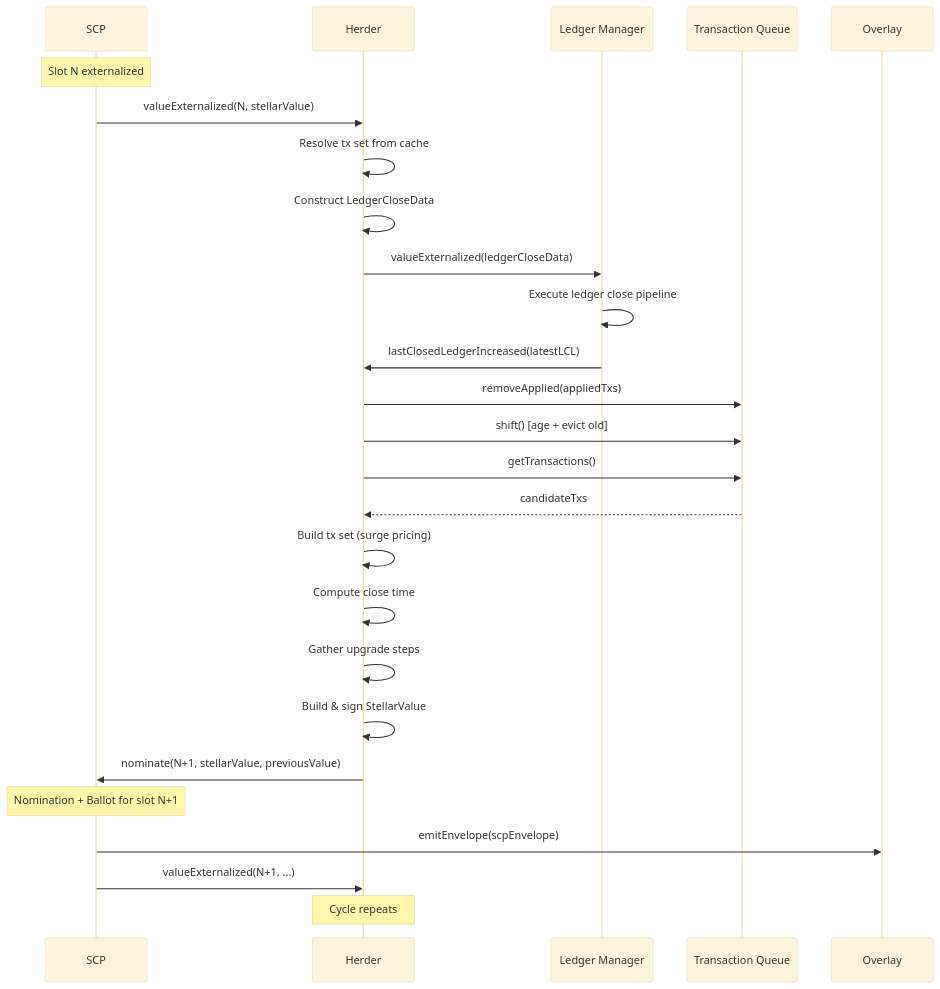
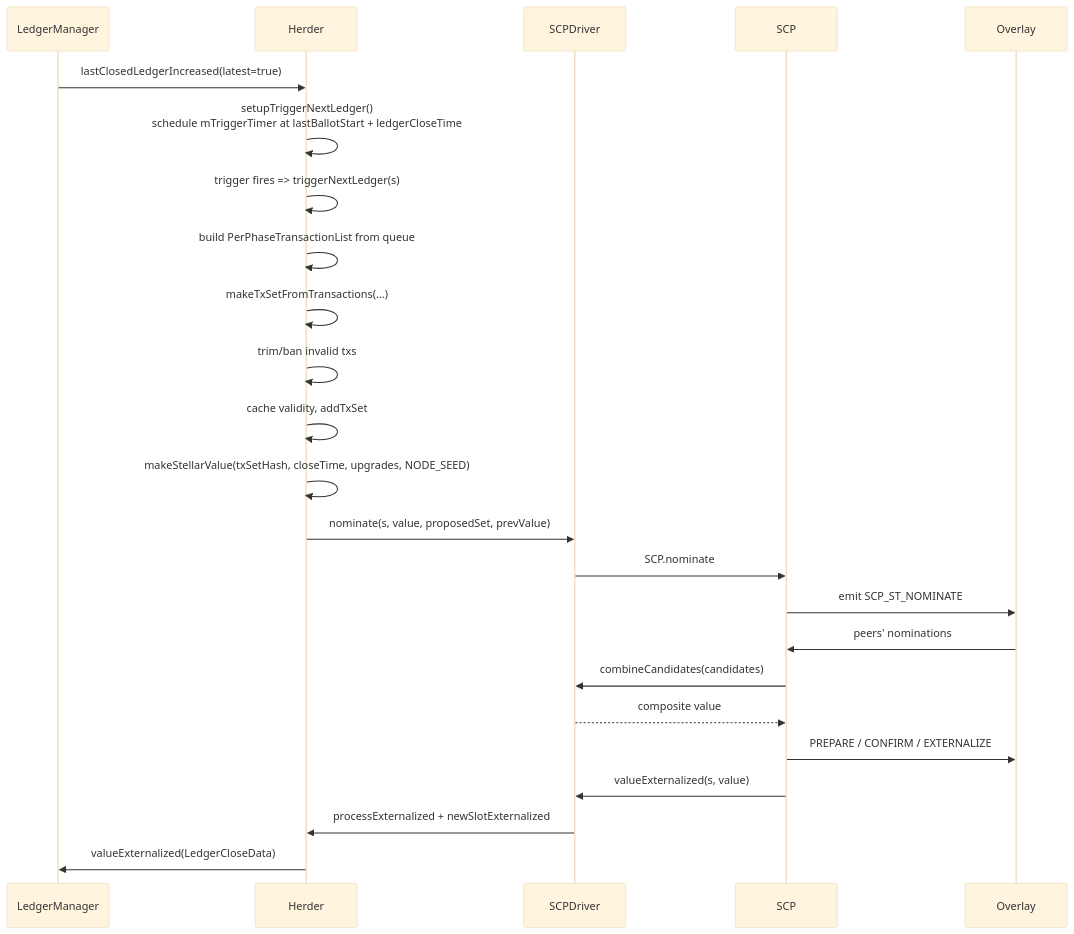
The third of 3 diagrams in HERDER_SPEC.md (stellar-experimental/stellar-spec), drawn with Mermaid (base theme) before and after one commit. The commit also changed other lines of this file and 7 other files, not shown here.

````diff
--- a/HERDER_SPEC.md
+++ b/HERDER_SPEC.md
@@ -2011,32 +258,26 @@
 ```mermaid
 sequenceDiagram
-    participant SCP
-    participant Herder
-    participant LedgerMgr as Ledger Manager
-    participant TxQueue as Transaction Queue
-    participant Overlay
-
-    Note over SCP: Slot N externalized
-    SCP->>Herder: valueExternalized(N, stellarValue)
-    Herder->>Herder: Resolve tx set from cache
-    Herder->>Herder: Construct LedgerCloseData
-    Herder->>LedgerMgr: valueExternalized(ledgerCloseData)
-    LedgerMgr->>LedgerMgr: Execute ledger close pipeline
-    LedgerMgr->>Herder: lastClosedLedgerIncreased(latestLCL)
-
-    Herder->>TxQueue: removeApplied(appliedTxs)
-    Herder->>TxQueue: shift() [age + evict old]
-    Herder->>TxQueue: getTransactions()
-    TxQueue-->>Herder: candidateTxs
-
-    Herder->>Herder: Build tx set (surge pricing)
-    Herder->>Herder: Compute close time
-    Herder->>Herder: Gather upgrade steps
-    Herder->>Herder: Build & sign StellarValue
-
-    Herder->>SCP: nominate(N+1, stellarValue, previousValue)
-    Note over SCP: Nomination + Ballot for slot N+1
-    SCP->>Overlay: emitEnvelope(scpEnvelope)
-    SCP->>Herder: valueExternalized(N+1, ...)
-    Note over Herder: Cycle repeats
+    participant LM as LedgerManager
+    participant H as Herder
+    participant SCPD as SCPDriver
+    participant SCP as SCP
+    participant Net as Overlay
+    LM->>H: lastClosedLedgerIncreased(latest=true)
+    H->>H: setupTriggerNextLedger()<br/>schedule mTriggerTimer at lastBallotStart + ledgerCloseTime
+    H->>H: trigger fires => triggerNextLedger(s)
+    H->>H: build PerPhaseTransactionList from queue
+    H->>H: makeTxSetFromTransactions(...)
+    H->>H: trim/ban invalid txs
+    H->>H: cache validity, addTxSet
+    H->>H: makeStellarValue(txSetHash, closeTime, upgrades, NODE_SEED)
+    H->>SCPD: nominate(s, value, proposedSet, prevValue)
+    SCPD->>SCP: SCP.nominate
+    SCP->>Net: emit SCP_ST_NOMINATE
+    Net->>SCP: peers' nominations
+    SCP->>SCPD: combineCandidates(candidates)
+    SCPD-->>SCP: composite value
+    SCP->>Net: PREPARE / CONFIRM / EXTERNALIZE
+    SCP->>SCPD: valueExternalized(s, value)
+    SCPD->>H: processExternalized + newSlotExternalized
+    H->>LM: valueExternalized(LedgerCloseData)
 ```
````
